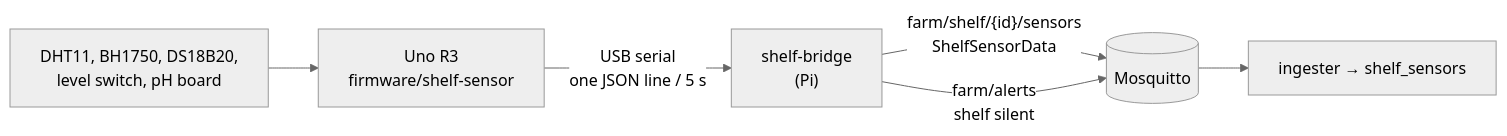
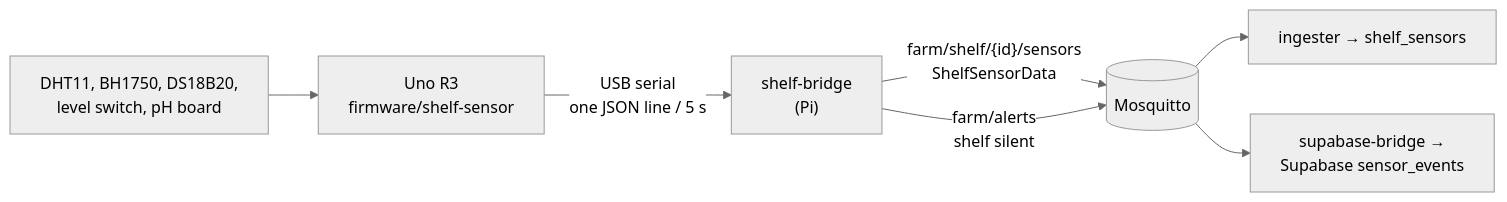
Before and after one commit to Ca1eb9/verdant-os: the diagram in docs/shelf-sensors.md, drawn with Mermaid (neutral theme). The commit also changed other lines of this file and 3 other files, not shown here.

First line of the commit message:
Point the shelf docs at the Pi services and the Supabase bridge

````diff
--- a/docs/shelf-sensors.md
+++ b/docs/shelf-sensors.md
@@ -8,8 +8,9 @@
 ```mermaid
 flowchart LR
     Sensors["DHT11, BH1750, DS18B20,<br/>level switch, pH board"] --> Uno["Uno R3<br/>firmware/shelf-sensor"]
     Uno -- "USB serial<br/>one JSON line / 5 s" --> Bridge["shelf-bridge<br/>(Pi)"]
     Bridge -- "farm/shelf/{id}/sensors<br/>ShelfSensorData" --> Broker[(Mosquitto)]
     Bridge -- "farm/alerts<br/>shelf silent" --> Broker
     Broker --> Ingester["ingester → shelf_sensors"]
+    Broker --> SupaBridge["supabase-bridge →<br/>Supabase sensor_events"]
 ```
````
